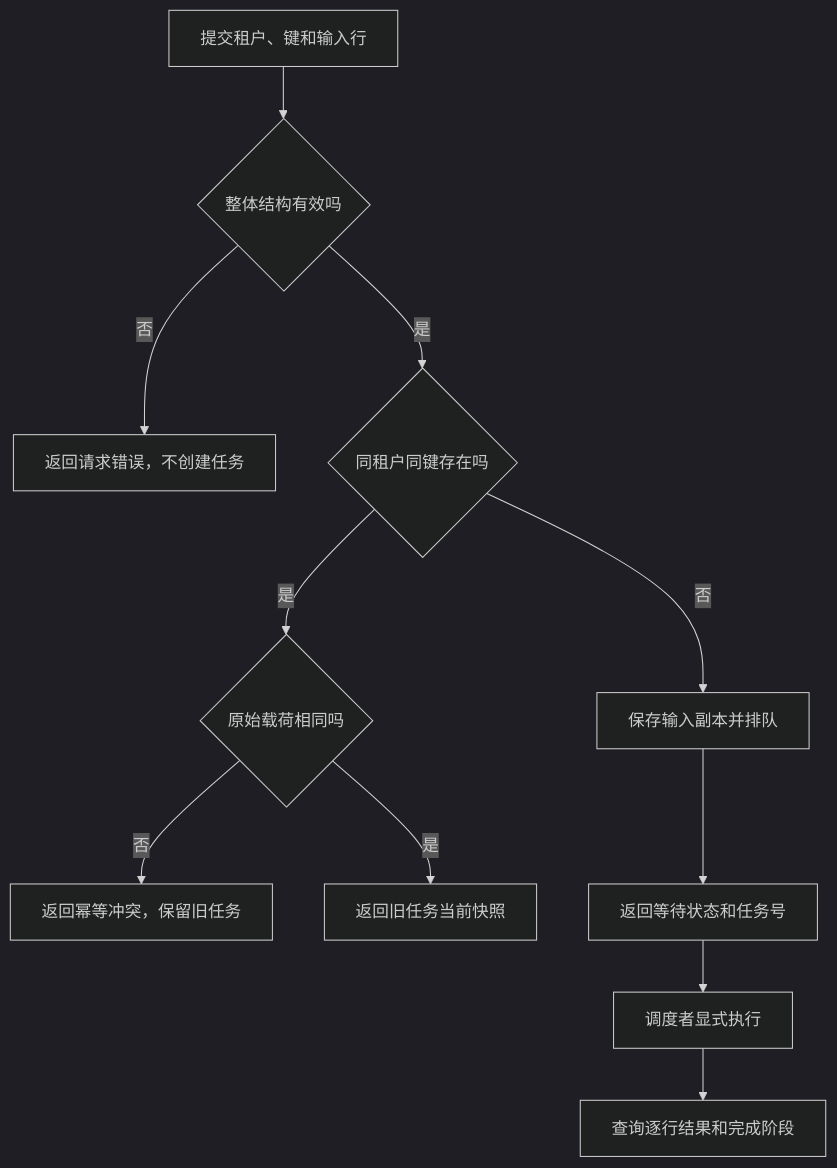
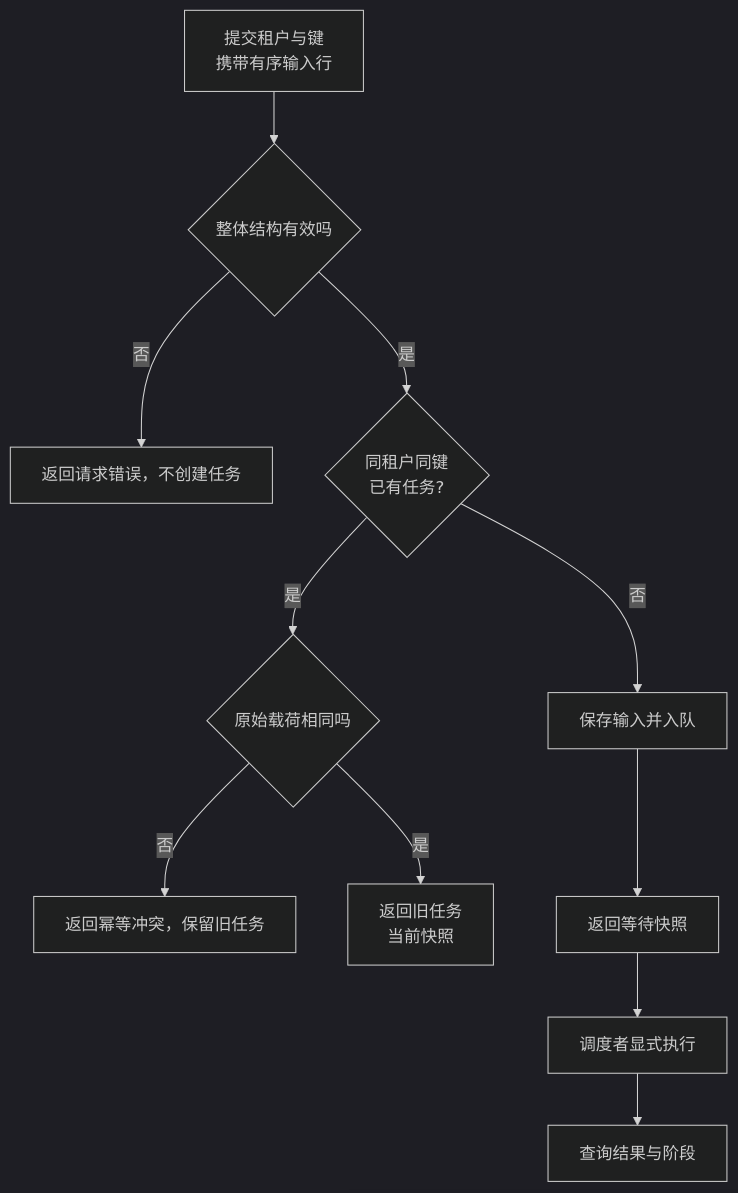
One commit to tencentmusic/modus changed the diagram in tests/fixtures/authoring/async-import/modus/knowledge/domain/contact-import/references/modules/submission-query.md. Above: the diagram before and after it, drawn with Mermaid (dark theme). The commit also changed other lines of this file and 84 other files, not shown here.

````diff
--- a/tests/fixtures/authoring/async-import/modus/knowledge/domain/contact-import/references/modules/submission-query.md
+++ b/tests/fixtures/authoring/async-import/modus/knowledge/domain/contact-import/references/modules/submission-query.md
@@ -60,13 +65,13 @@
 ```mermaid
 flowchart TD
-    A[提交租户、键和输入行] --> B{整体结构有效吗}
+    A["提交租户与键<br/>携带有序输入行"] --> B{整体结构有效吗}
     B -->|否| X[返回请求错误，不创建任务]
-    B -->|是| C{同租户同键存在吗}
-    C -->|否| D[保存输入副本并排队]
+    B -->|是| C{"同租户同键<br/>已有任务?"}
+    C -->|否| D[保存输入并入队]
     C -->|是| E{原始载荷相同吗}
     E -->|否| Y[返回幂等冲突，保留旧任务]
-    E -->|是| F[返回旧任务当前快照]
-    D --> G[返回等待状态和任务号]
+    E -->|是| F["返回旧任务<br/>当前快照"]
+    D --> G[返回等待快照]
     G --> H[调度者显式执行]
-    H --> I[查询逐行结果和完成阶段]
+    H --> I[查询结果与阶段]
 ```
````
